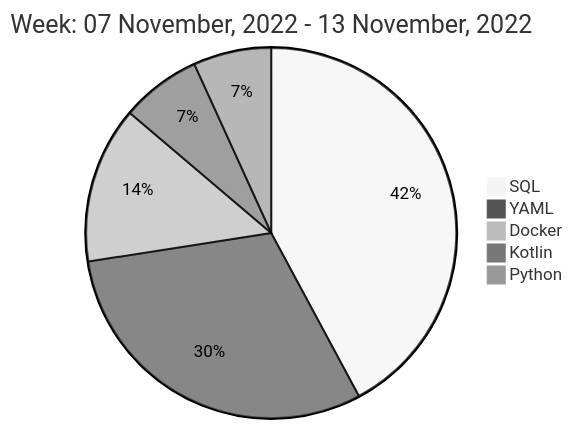
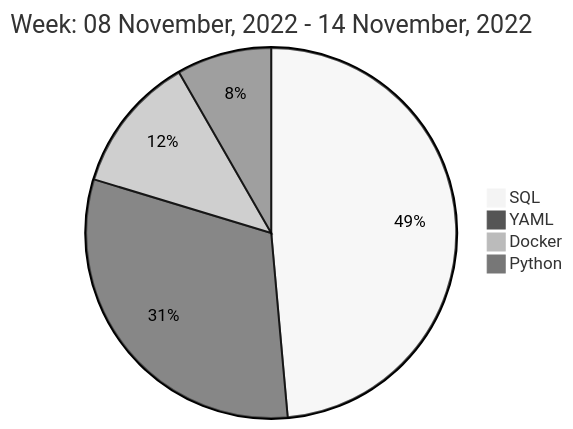
The diagram in README.md (liubin95/liubin95), drawn with Mermaid (neutral theme) before and after one commit.

Commit message:
Updated the Graph with new Metrics

````diff
--- a/README.md
+++ b/README.md
@@ -40,9 +40,8 @@
 ```mermaid
  pie
-title Week: 07 November, 2022 - 13 November, 2022
- "SQL" : 6.63
- "YAML" : 4.78
- "Docker" : 2.15
- "Kotlin" : 1.1
- "Python" : 1.07
+title Week: 08 November, 2022 - 14 November, 2022
+ "SQL" : 8.2
+ "YAML" : 5.25
+ "Docker" : 2.03
+ "Python" : 1.4
 ```
````
